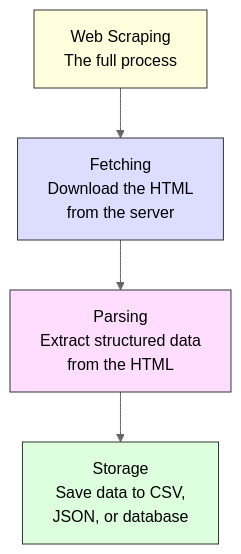
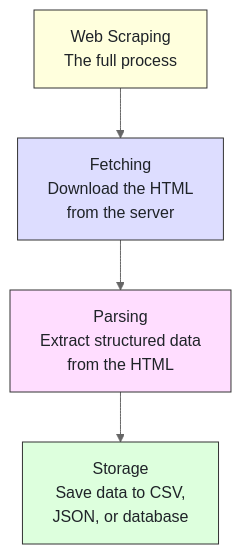
Before and after one commit to bytetunnels/bytetunnels.github.com: the third of 3 diagrams in _posts/2026-02-04-what-is-web-parsing-turning-raw-html-into-usable-data.md, drawn with Mermaid (neutral theme). The commit also changed other lines of this file and 118 other files, not shown here.

Commit message:
feat: improve diagram styling and compact wide flowcharts

````diff
--- a/_posts/2026-02-04-what-is-web-parsing-turning-raw-html-into-usable-data.md
+++ b/_posts/2026-02-04-what-is-web-parsing-turning-raw-html-into-usable-data.md
@@ -488,10 +488,10 @@
 ```mermaid
 graph TD
     A["Web Scraping<br>The full process"] --> B["Fetching<br>Download the HTML<br>from the server"]
     B --> C["Parsing<br>Extract structured data<br>from the HTML"]
     C --> D["Storage<br>Save data to CSV,<br>JSON, or database"]
-    style A fill:#ffd,stroke:#333
-    style B fill:#ddf,stroke:#333
-    style C fill:#fdf,stroke:#333
-    style D fill:#dfd,stroke:#333
+    style A fill:#ffd,stroke:#333,color:#1f2328
+    style B fill:#ddf,stroke:#333,color:#1f2328
+    style C fill:#fdf,stroke:#333,color:#1f2328
+    style D fill:#dfd,stroke:#333,color:#1f2328
 ```
````
